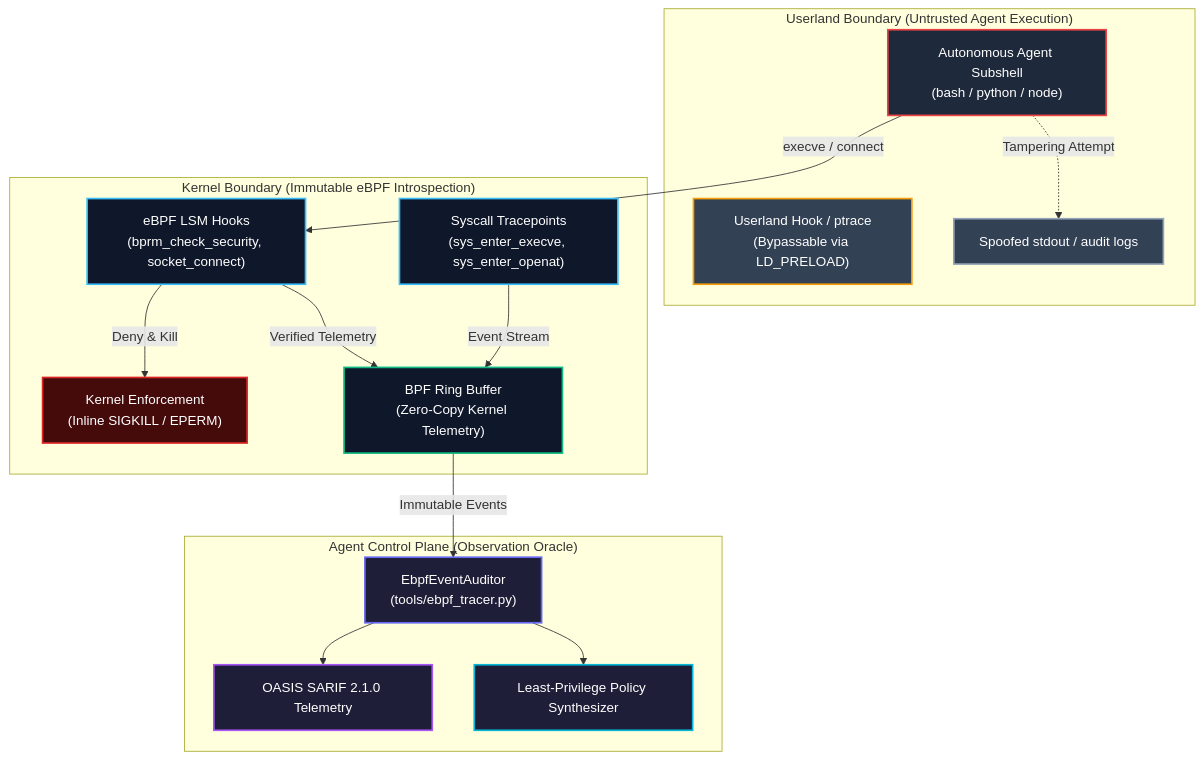
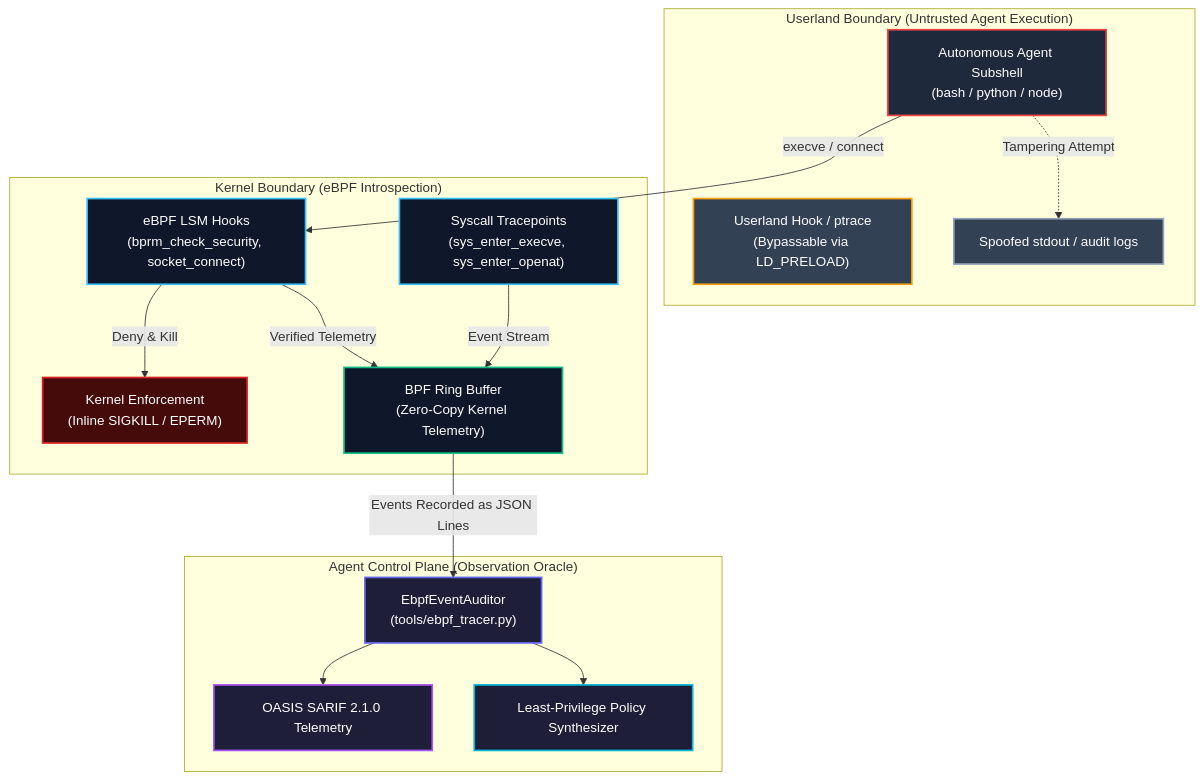
The first of 2 diagrams in observations/systems/24-ebpf-process-tracing-for-agent-sandbox-introspection.md (dan-petty/vibes), drawn with Mermaid before and after one commit. The commit also changed other lines of this file and 248 other files, not shown here.

````diff
--- a/observations/systems/24-ebpf-process-tracing-for-agent-sandbox-introspection.md
+++ b/observations/systems/24-ebpf-process-tracing-for-agent-sandbox-introspection.md
@@ -20,41 +20,41 @@
 ```mermaid
 flowchart TD
     subgraph Userland["Userland Boundary (Untrusted Agent Execution)"]
         Agent["Autonomous Agent Subshell<br>(bash / python / node)"]
         UserHook["Userland Hook / ptrace<br>(Bypassable via LD_PRELOAD)"]
         FakeLog["Spoofed stdout / audit logs"]
     end
 
-    subgraph Kernel["Kernel Boundary (Immutable eBPF Introspection)"]
+    subgraph Kernel["Kernel Boundary (eBPF Introspection)"]
         LSM["eBPF LSM Hooks<br>(bprm_check_security, socket_connect)"]
         Tracepoints["Syscall Tracepoints<br>(sys_enter_execve, sys_enter_openat)"]
         RingBuf["BPF Ring Buffer<br>(Zero-Copy Kernel Telemetry)"]
         Action["Kernel Enforcement<br>(Inline SIGKILL / EPERM)"]
     end
 
     subgraph Observer["Agent Control Plane (Observation Oracle)"]
         Sentinel["EbpfEventAuditor<br>(tools/ebpf_tracer.py)"]
         SARIF["OASIS SARIF 2.1.0 Telemetry"]
         Policy["Least-Privilege Policy Synthesizer"]
     end
 
     Agent -->|execve / connect| LSM
     Agent -.->|Tampering Attempt| FakeLog
     LSM -->|Deny & Kill| Action
     LSM -->|Verified Telemetry| RingBuf
     Tracepoints -->|Event Stream| RingBuf
-    RingBuf -->|Immutable Events| Sentinel
+    RingBuf -->|Events Recorded as JSON Lines| Sentinel
     Sentinel --> SARIF
     Sentinel --> Policy
 
     style Agent fill:#1e293b,stroke:#ef4444,stroke-width:2px,color:#ffffff
     style UserHook fill:#334155,stroke:#f59e0b,stroke-width:2px,color:#ffffff
     style FakeLog fill:#334155,stroke:#94a3b8,stroke-width:2px,color:#ffffff
     style LSM fill:#0f172a,stroke:#38bdf8,stroke-width:2px,color:#ffffff
     style Tracepoints fill:#0f172a,stroke:#38bdf8,stroke-width:2px,color:#ffffff
     style RingBuf fill:#0f172a,stroke:#10b981,stroke-width:2px,color:#ffffff
     style Action fill:#450a0a,stroke:#dc2626,stroke-width:2px,color:#ffffff
     style Sentinel fill:#1e1e38,stroke:#6366f1,stroke-width:2px,color:#ffffff
     style SARIF fill:#1e1e38,stroke:#a855f7,stroke-width:2px,color:#ffffff
     style Policy fill:#1e1e38,stroke:#06b6d4,stroke-width:2px,color:#ffffff
 ```
````
